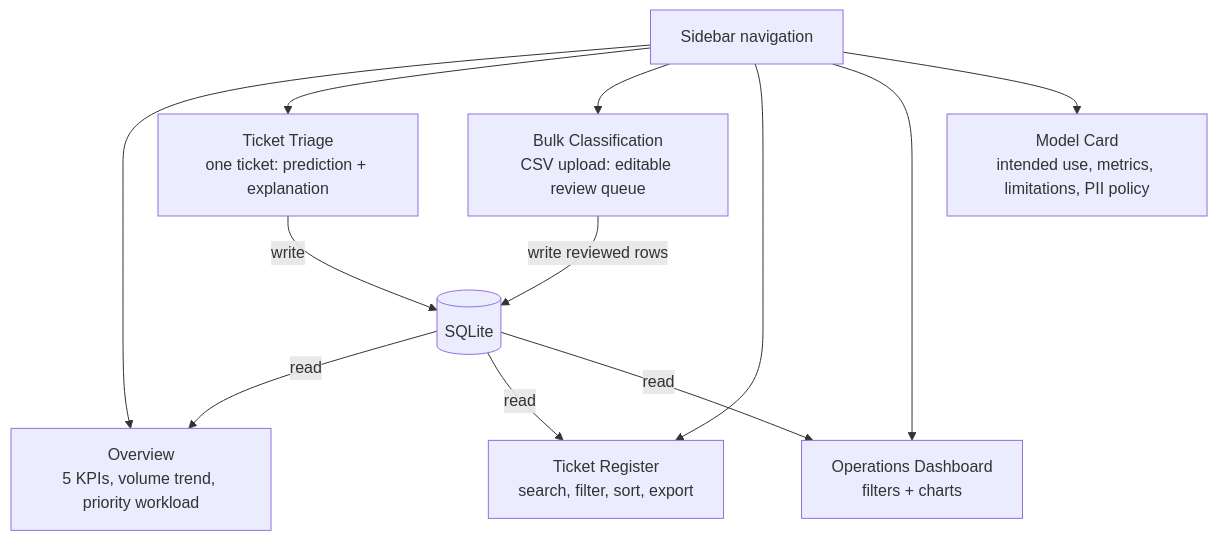
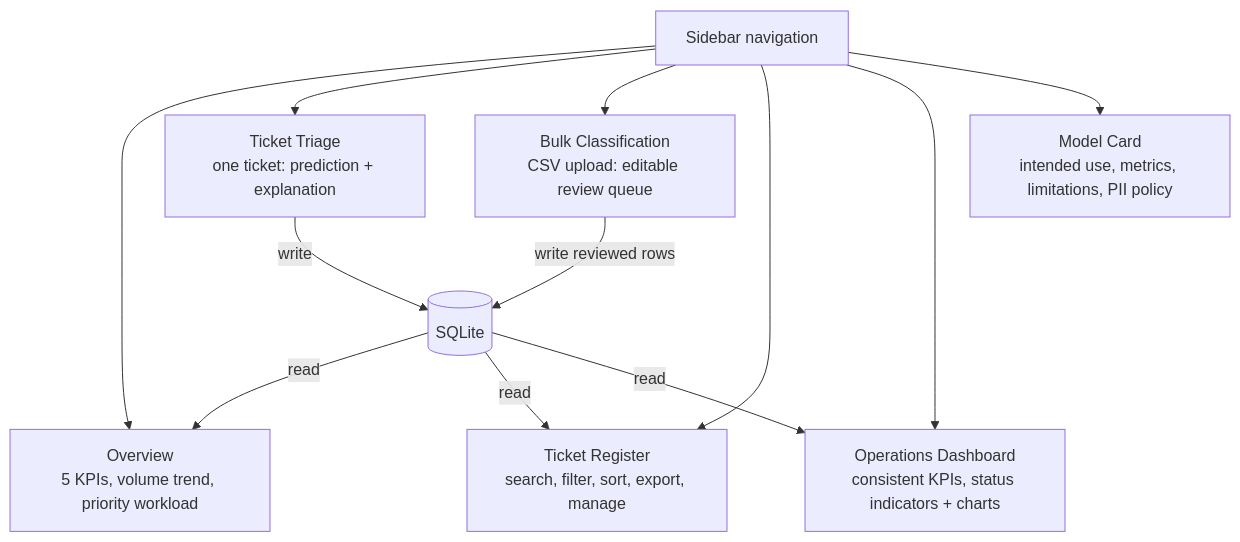
Before and after one commit to sidhantds/ai-ticket-triage: the second of 6 diagrams in README.md, drawn with Mermaid. The commit also changed other lines of this file, not shown here.

Commit message:
Document structured ticket management features

````diff
--- a/README.md
+++ b/README.md
@@ -126,14 +129,14 @@
 ```mermaid
 flowchart TB
     NAV["Sidebar navigation"] --> OV["Overview<br/>5 KPIs, volume trend, priority workload"]
     NAV --> TT["Ticket Triage<br/>one ticket: prediction + explanation"]
     NAV --> BC["Bulk Classification<br/>CSV upload: editable review queue"]
-    NAV --> TRG["Ticket Register<br/>search, filter, sort, export"]
-    NAV --> OD["Operations Dashboard<br/>filters + charts"]
+    NAV --> TRG["Ticket Register<br/>search, filter, sort, export, manage"]
+    NAV --> OD["Operations Dashboard<br/>consistent KPIs, status indicators + charts"]
     NAV --> MC["Model Card<br/>intended use, metrics, limitations, PII policy"]
     TT -->|write| DB[("SQLite")]
     BC -->|write reviewed rows| DB
     DB -->|read| OV
     DB -->|read| TRG
     DB -->|read| OD
 ```
````
